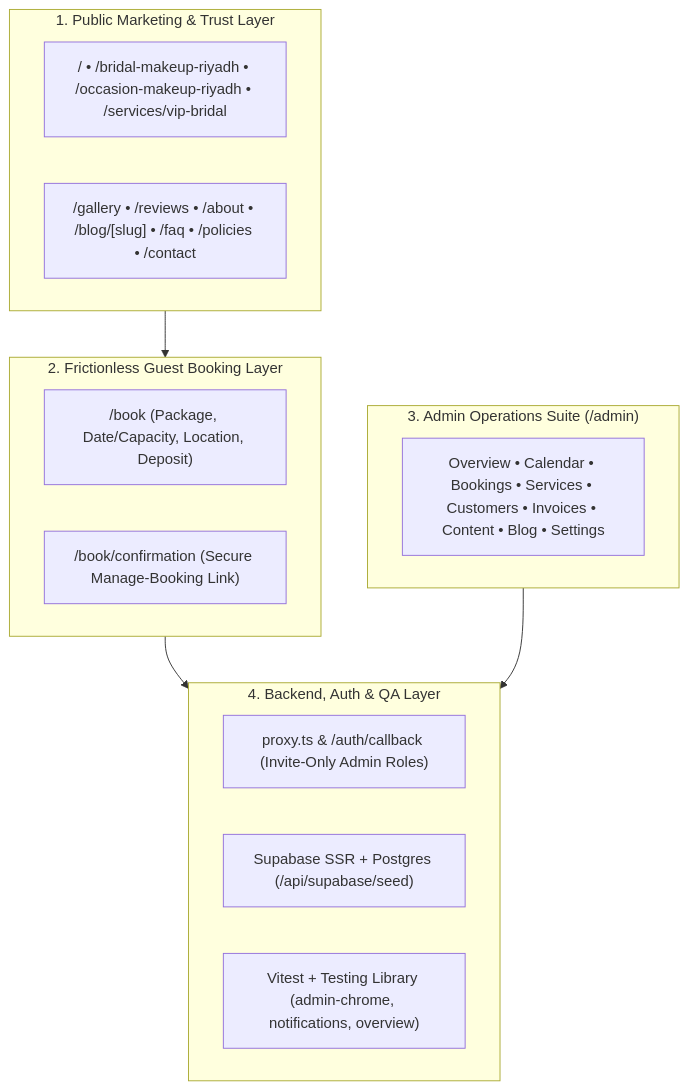
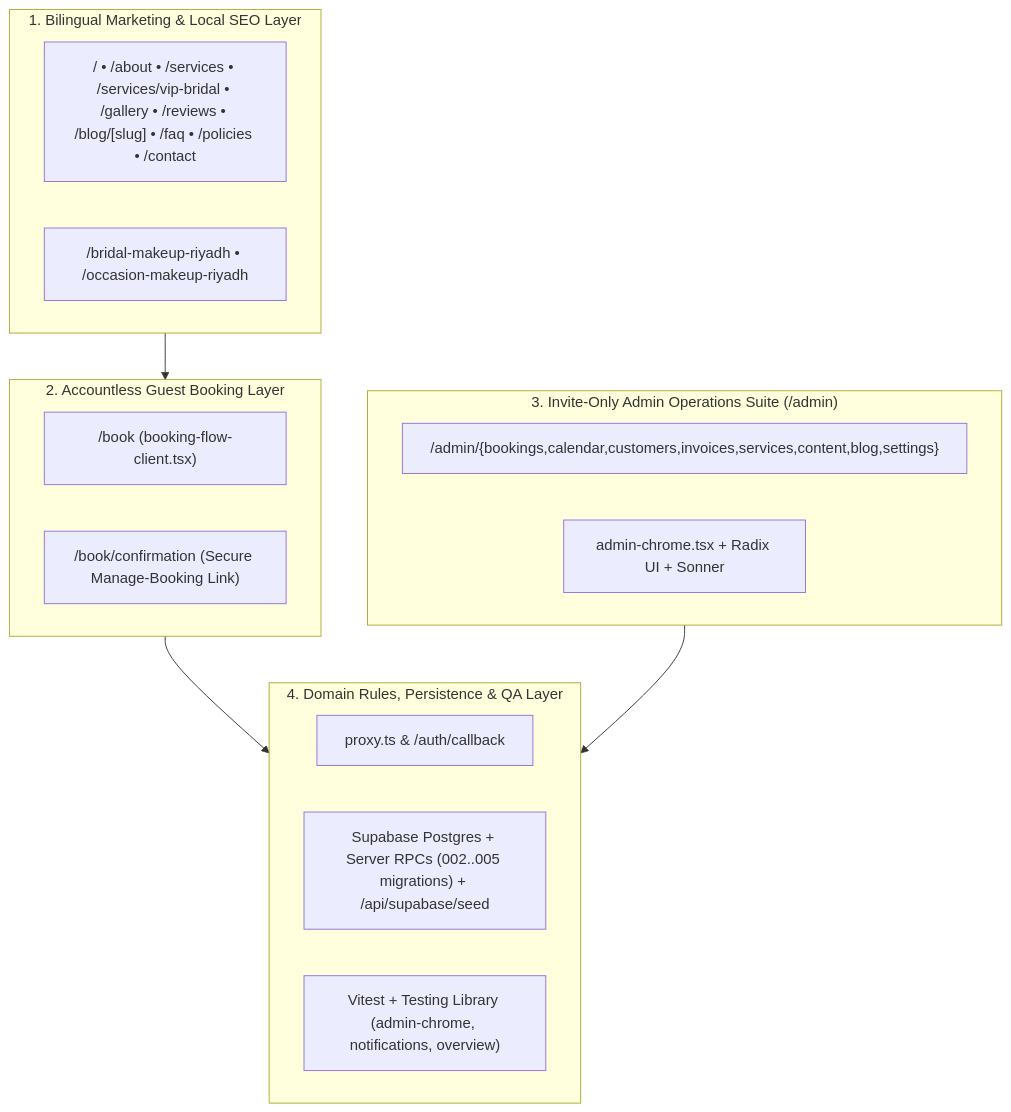
One commit to islamsamyy/Amani-KhalIi changed the first of 2 diagrams in README.md. Above: the diagram before and after it, drawn with Mermaid. The commit also changed other lines of this file, not shown here.

Commit message:
docs: add ultra-detailed architecture, schemas, visual showcase, APIs, and business ROI

````diff
--- a/README.md
+++ b/README.md
@@ -14,25 +39,26 @@
 ```mermaid
 flowchart TB
-    subgraph L1["1. Public Marketing & Trust Layer"]
-        SEO["/ • /bridal-makeup-riyadh • /occasion-makeup-riyadh • /services/vip-bridal"]
-        Trust["/gallery • /reviews • /about • /blog/[slug] • /faq • /policies • /contact"]
+    subgraph L1["1. Bilingual Marketing & Local SEO Layer"]
+        Home["/ • /about • /services • /services/vip-bridal • /gallery • /reviews • /blog/[slug] • /faq • /policies • /contact"]
+        LocalSEO["/bridal-makeup-riyadh • /occasion-makeup-riyadh"]
     end
 
-    subgraph L2["2. Frictionless Guest Booking Layer"]
-        Book["/book (Package, Date/Capacity, Location, Deposit)"]
+    subgraph L2["2. Accountless Guest Booking Layer"]
+        Book["/book (booking-flow-client.tsx)"]
         Confirm["/book/confirmation (Secure Manage-Booking Link)"]
     end
 
-    subgraph L3["3. Admin Operations Suite (/admin)"]
-        Dash["Overview • Calendar • Bookings • Services • Customers • Invoices • Content • Blog • Settings"]
+    subgraph L3["3. Invite-Only Admin Operations Suite (/admin)"]
+        Admin["/admin/{bookings,calendar,customers,invoices,services,content,blog,settings}"]
+        Chrome["admin-chrome.tsx + Radix UI + Sonner"]
     end
 
-    subgraph L4["4. Backend, Auth & QA Layer"]
-        Proxy["proxy.ts & /auth/callback (Invite-Only Admin Roles)"]
-        Supa["Supabase SSR + Postgres (/api/supabase/seed)"]
+    subgraph L4["4. Domain Rules, Persistence & QA Layer"]
+        Proxy["proxy.ts & /auth/callback"]
+        Supa["Supabase Postgres + Server RPCs (002..005 migrations) + /api/supabase/seed"]
         Tests["Vitest + Testing Library (admin-chrome, notifications, overview)"]
     end
 
     L1 --> L2 --> L4
     L3 --> L4
 ```
````
